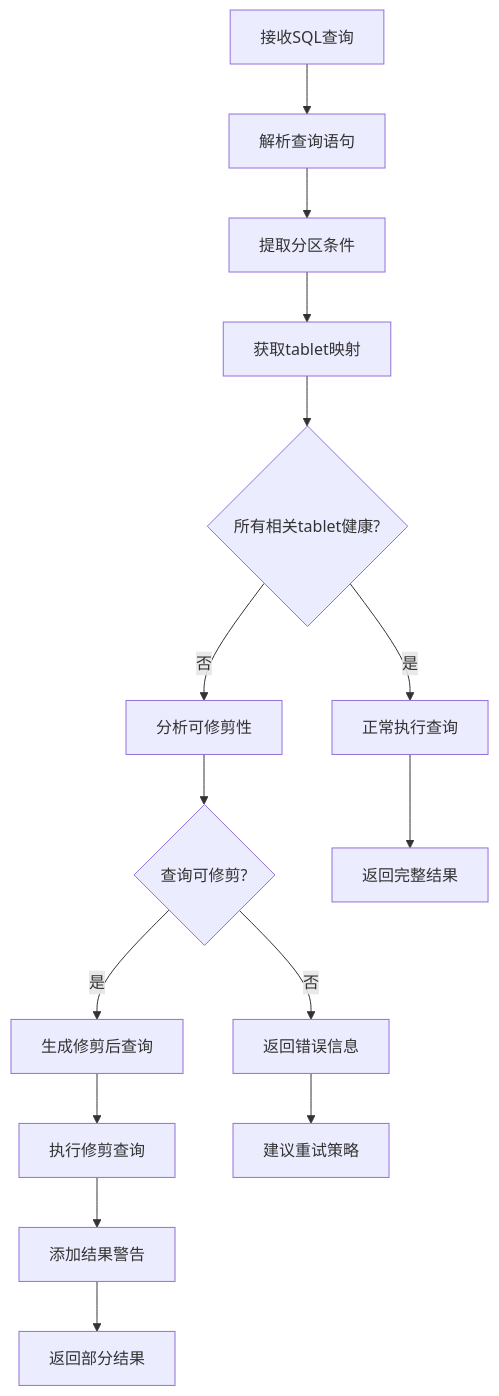
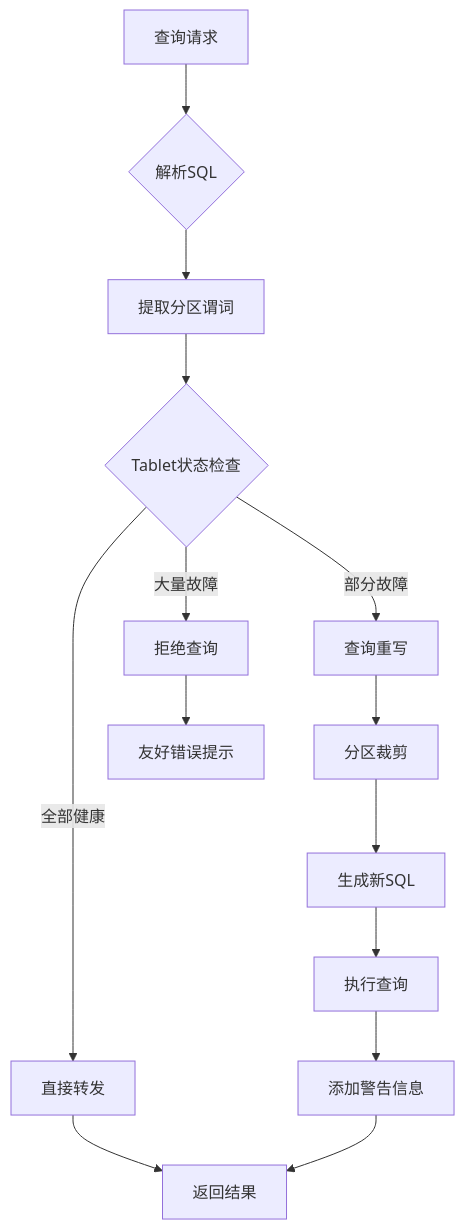
One commit to turtacn/staravail changed the fourth of 8 diagrams in docs/architecture.md. Above: the diagram before and after it, drawn with Mermaid. The commit also changed other lines of this file and 42 other files, not shown here.

````diff
--- a/docs/architecture.md
+++ b/docs/architecture.md
@@ -268,22 +166,20 @@
 ```mermaid
-flowchart TD
-    %% 查询修剪决策流程
-    A[接收SQL查询] --> B[解析查询语句]
-    B --> C[提取分区条件]
-    C --> D[获取tablet映射]
-    D --> E{所有相关tablet健康?}
+graph TD
+    %% 查询优化流程
+    A[查询请求] --> B{解析SQL}
+    B --> C[提取分区谓词]
+    C --> D{Tablet状态检查}
     
-    E -->|是| F[正常执行查询]
-    E -->|否| G[分析可修剪性]
+    D -->|全部健康| E[直接转发]
+    D -->|部分故障| F[查询重写]
+    D -->|大量故障| G[拒绝查询]
     
-    G --> H{查询可修剪?}
-    H -->|是| I[生成修剪后查询]
-    H -->|否| J[返回错误信息]
+    F --> H[分区裁剪]
+    H --> I[生成新SQL]
+    I --> J[执行查询]
     
-    I --> K[执行修剪查询]
-    K --> L[添加结果警告]
-    L --> M[返回部分结果]
-    
-    F --> N[返回完整结果]
-    J --> O[建议重试策略]
+    E --> K[返回结果]
+    J --> L[添加警告信息]
+    L --> K
+    G --> M[友好错误提示]
 ```
````
